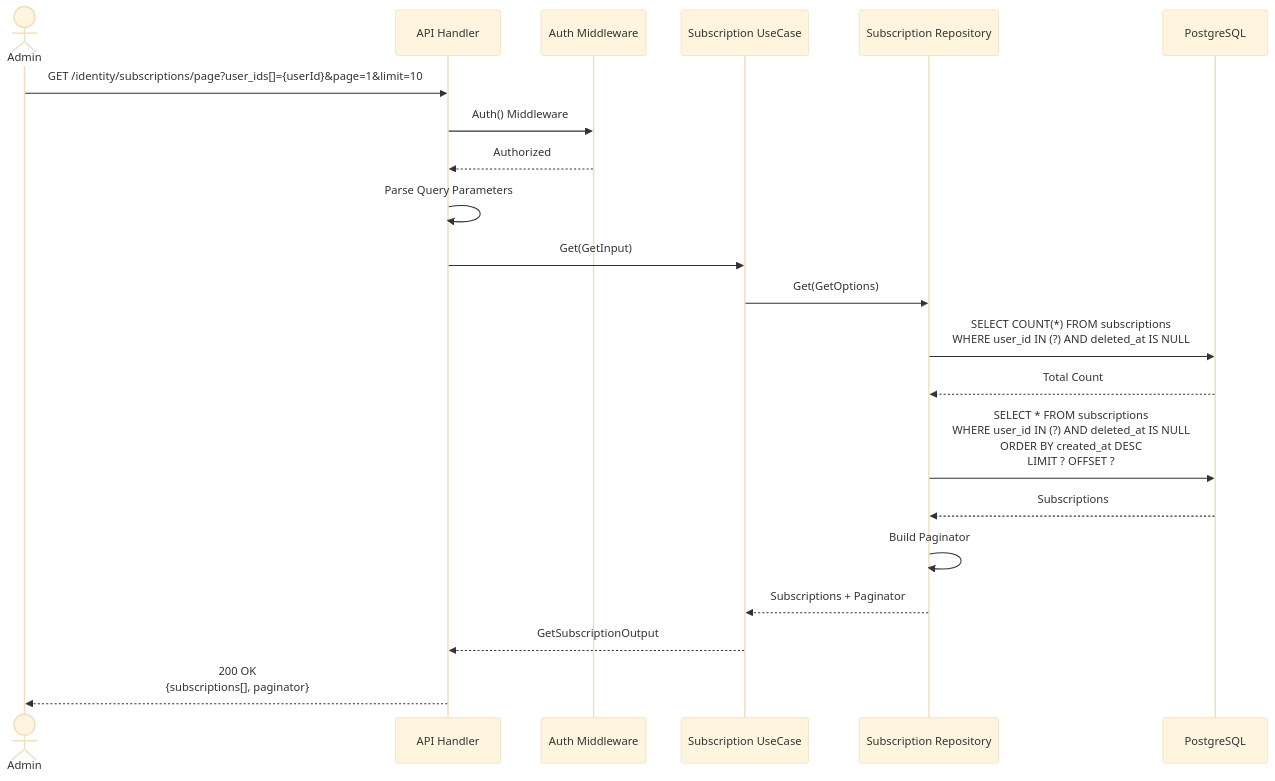
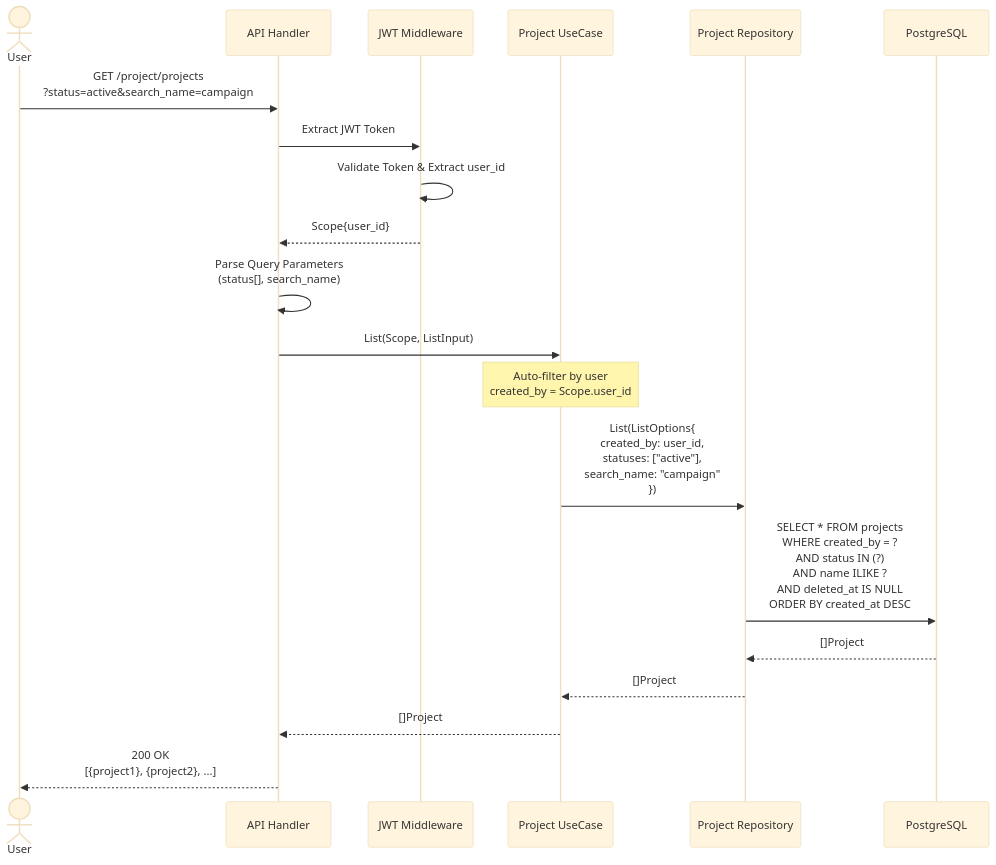
One commit to smap-hcmut/identity-srv changed the third of 6 diagrams in project/document/api.md. Above: the diagram before and after it, drawn with Mermaid (base theme). The commit also changed other lines of this file and 33 other files, not shown here.

````diff
--- a/project/document/api.md
+++ b/project/document/api.md
@@ -658,28 +118,28 @@
 ```mermaid
 sequenceDiagram
-    actor Admin
+    actor User
     participant API as API Handler
-    participant MW as Auth Middleware
-    participant SubUC as Subscription UseCase
-    participant SubRepo as Subscription Repository
+    participant MW as JWT Middleware
+    participant ProjUC as Project UseCase
+    participant ProjRepo as Project Repository
     participant DB as PostgreSQL
 
-    Admin->>API: GET /identity/subscriptions/page?user_ids[]={userId}&page=1&limit=10
-    API->>MW: Auth() Middleware
-    MW-->>API: Authorized
-    
-    API->>API: Parse Query Parameters
-    API->>SubUC: Get(GetInput)
-    
-    SubUC->>SubRepo: Get(GetOptions)
-    SubRepo->>DB: SELECT COUNT(*) FROM subscriptions<br/>WHERE user_id IN (?) AND deleted_at IS NULL
-    DB-->>SubRepo: Total Count
-    
-    SubRepo->>DB: SELECT * FROM subscriptions<br/>WHERE user_id IN (?) AND deleted_at IS NULL<br/>ORDER BY created_at DESC<br/>LIMIT ? OFFSET ?
-    DB-->>SubRepo: Subscriptions
-    
-    SubRepo->>SubRepo: Build Paginator
-    SubRepo-->>SubUC: Subscriptions + Paginator
-    SubUC-->>API: GetSubscriptionOutput
-    API-->>Admin: 200 OK<br/>{subscriptions[], paginator}
+    User->>API: GET /project/projects<br/>?status=active&search_name=campaign
+    API->>MW: Extract JWT Token
+    MW->>MW: Validate Token & Extract user_id
+    MW-->>API: Scope{user_id}
+
+    API->>API: Parse Query Parameters<br/>(status[], search_name)
+    API->>ProjUC: List(Scope, ListInput)
+
+    Note over ProjUC: Auto-filter by user<br/>created_by = Scope.user_id
+
+    ProjUC->>ProjRepo: List(ListOptions{<br/>  created_by: user_id,<br/>  statuses: ["active"],<br/>  search_name: "campaign"<br/>})
+
+    ProjRepo->>DB: SELECT * FROM projects<br/>WHERE created_by = ?<br/>AND status IN (?)<br/>AND name ILIKE ?<br/>AND deleted_at IS NULL<br/>ORDER BY created_at DESC
+
+    DB-->>ProjRepo: []Project
+    ProjRepo-->>ProjUC: []Project
+    ProjUC-->>API: []Project
+    API-->>User: 200 OK<br/>[{project1}, {project2}, ...]
 ```
````
